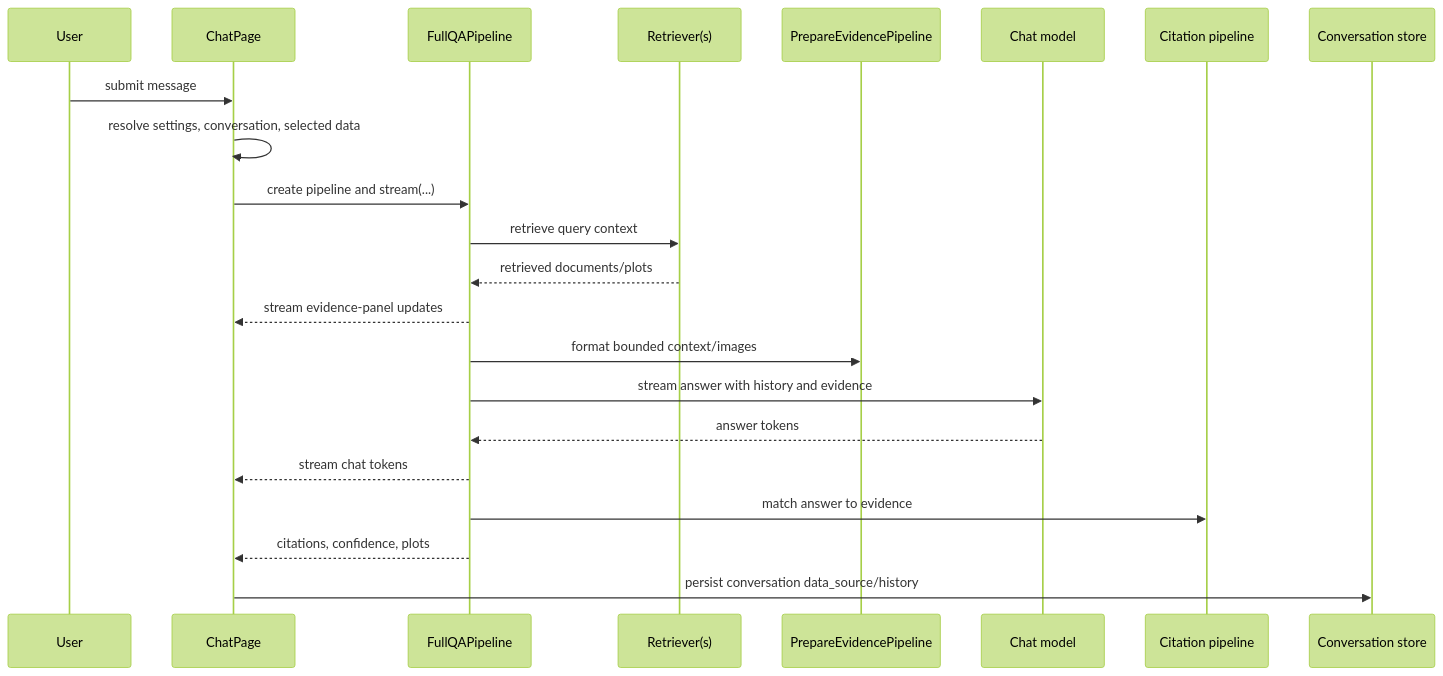
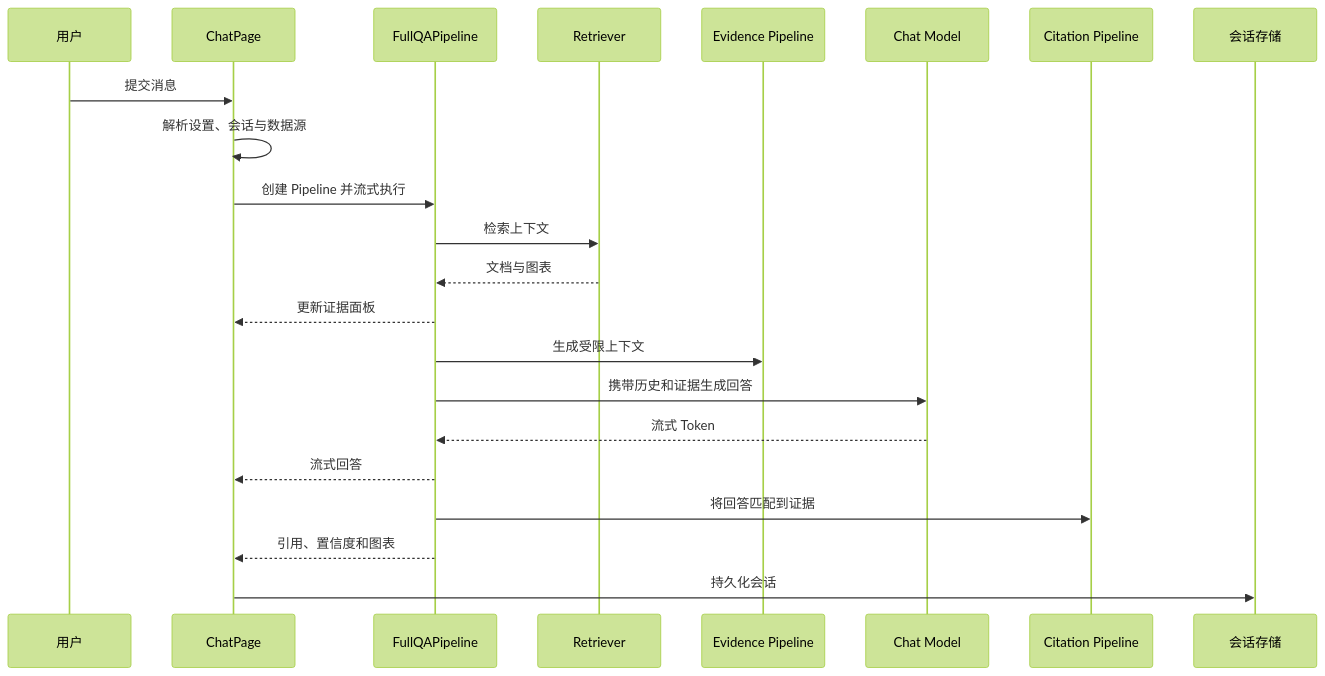
One commit to SwartzMss/knowledge-assistant changed the fourth of 4 diagrams in docs/development/runtime-flows.md. Above: the diagram before and after it, drawn with Mermaid (forest theme). The commit also changed other lines of this file and 10 other files, not shown here.

````diff
--- a/docs/development/runtime-flows.md
+++ b/docs/development/runtime-flows.md
@@ -95,25 +85,24 @@
 ```mermaid
 sequenceDiagram
-    participant User
+    participant User as 用户
     participant Chat as ChatPage
     participant Reason as FullQAPipeline
-    participant Ret as Retriever(s)
-    participant Evidence as PrepareEvidencePipeline
-    participant LLM as Chat model
-    participant Citation as Citation pipeline
-    participant DB as Conversation store
-
-    User->>Chat: submit message
-    Chat->>Chat: resolve settings, conversation, selected data
-    Chat->>Reason: create pipeline and stream(...)
-    Reason->>Ret: retrieve query context
-    Ret-->>Reason: retrieved documents/plots
-    Reason-->>Chat: stream evidence-panel updates
-    Reason->>Evidence: format bounded context/images
-    Reason->>LLM: stream answer with history and evidence
-    LLM-->>Reason: answer tokens
-    Reason-->>Chat: stream chat tokens
-    Reason->>Citation: match answer to evidence
-    Reason-->>Chat: citations, confidence, plots
-    Chat->>DB: persist conversation data_source/history
+    participant Ret as Retriever
+    participant Evidence as Evidence Pipeline
+    participant LLM as Chat Model
+    participant Citation as Citation Pipeline
+    participant DB as 会话存储
+    User->>Chat: 提交消息
+    Chat->>Chat: 解析设置、会话与数据源
+    Chat->>Reason: 创建 Pipeline 并流式执行
+    Reason->>Ret: 检索上下文
+    Ret-->>Reason: 文档与图表
+    Reason-->>Chat: 更新证据面板
+    Reason->>Evidence: 生成受限上下文
+    Reason->>LLM: 携带历史和证据生成回答
+    LLM-->>Reason: 流式 Token
+    Reason-->>Chat: 流式回答
+    Reason->>Citation: 将回答匹配到证据
+    Reason-->>Chat: 引用、置信度和图表
+    Chat->>DB: 持久化会话
 ```
````
